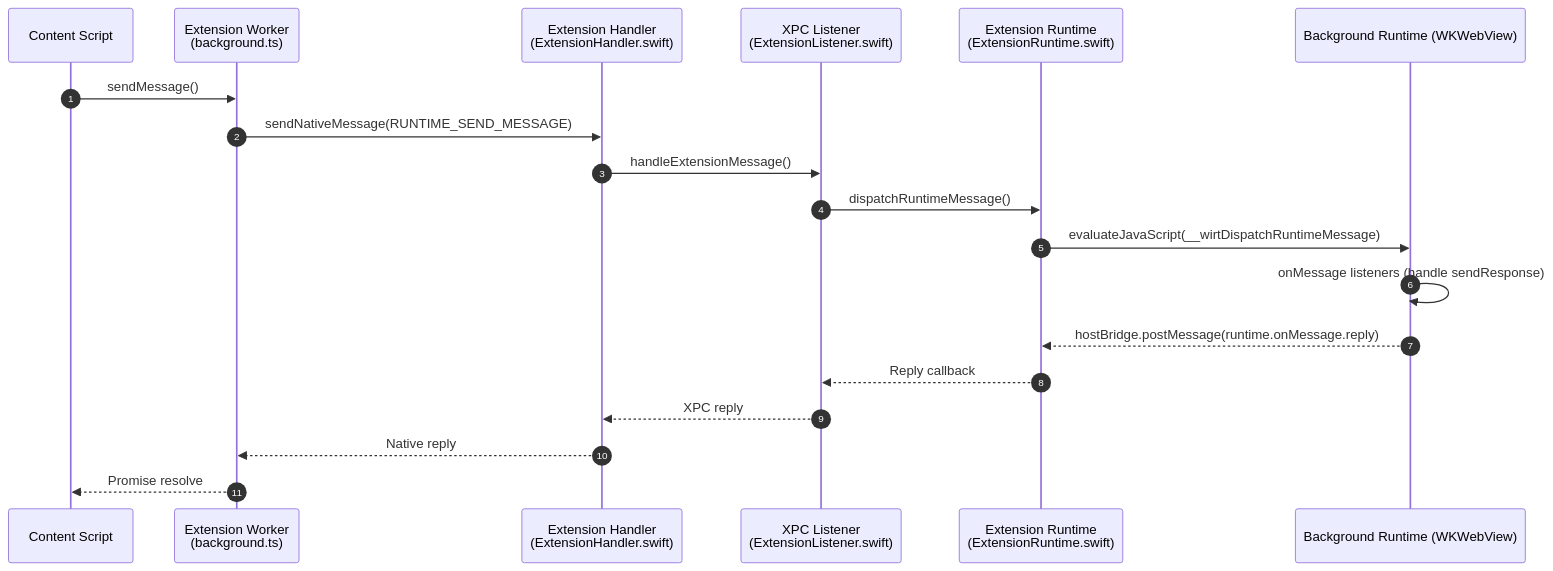
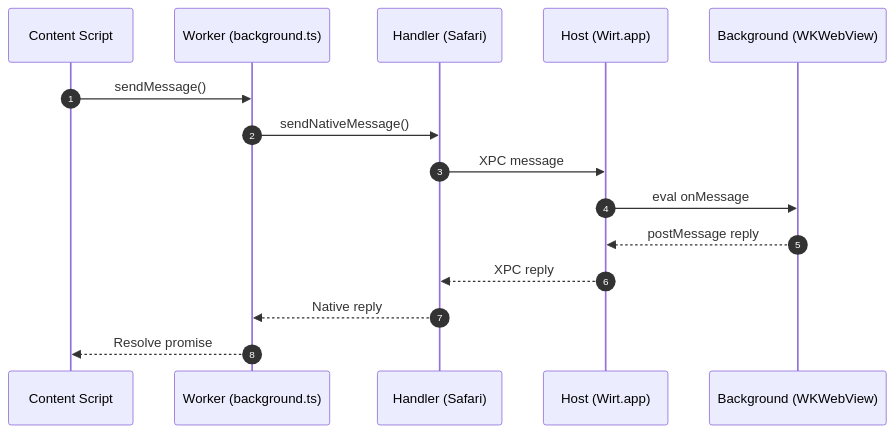
Before and after one commit to easonwong-de/Wirt: the fifth of 7 diagrams in docs/architecture.md, drawn with Mermaid. The commit also changed other lines of this file and 9 other files, not shown here.

````diff
--- a/docs/architecture.md
+++ b/docs/architecture.md
@@ -175,22 +148,18 @@
 ```mermaid
 sequenceDiagram
     autonumber
     participant Content as Content Script
-    participant Worker as Extension Worker<br/>(background.ts)
-    participant Handler as Extension Handler<br/>(ExtensionHandler.swift)
-    participant Listener as XPC Listener<br/>(ExtensionListener.swift)
-    participant Runtime as Extension Runtime<br/>(ExtensionRuntime.swift)
-    participant WebView as Background Runtime (WKWebView)
+    participant Worker as Worker (background.ts)
+    participant Handler as Handler (Safari)
+    participant Host as Host (Wirt.app)
+    participant WebView as Background (WKWebView)
 
     Content->>Worker: sendMessage()
-    Worker->>Handler: sendNativeMessage(RUNTIME_SEND_MESSAGE)
-    Handler->>Listener: handleExtensionMessage()
-    Listener->>Runtime: dispatchRuntimeMessage()
-    Runtime->>WebView: evaluateJavaScript(__wirtDispatchRuntimeMessage)
-    WebView->>WebView: onMessage listeners (handle sendResponse)
-    WebView-->>Runtime: hostBridge.postMessage(runtime.onMessage.reply)
-    Runtime-->>Listener: Reply callback
-    Listener-->>Handler: XPC reply
+    Worker->>Handler: sendNativeMessage()
+    Handler->>Host: XPC message
+    Host->>WebView: eval onMessage
+    WebView-->>Host: postMessage reply
+    Host-->>Handler: XPC reply
     Handler-->>Worker: Native reply
-    Worker-->>Content: Promise resolve
+    Worker-->>Content: Resolve promise
 ```
````
